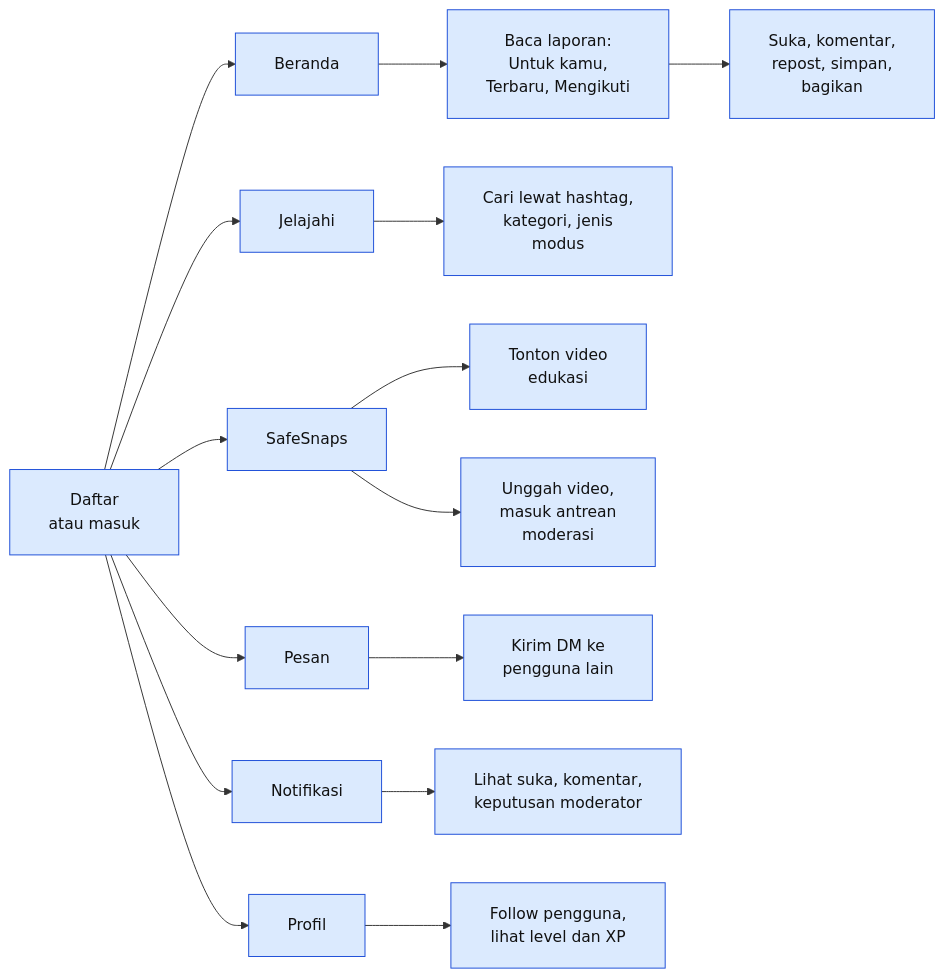
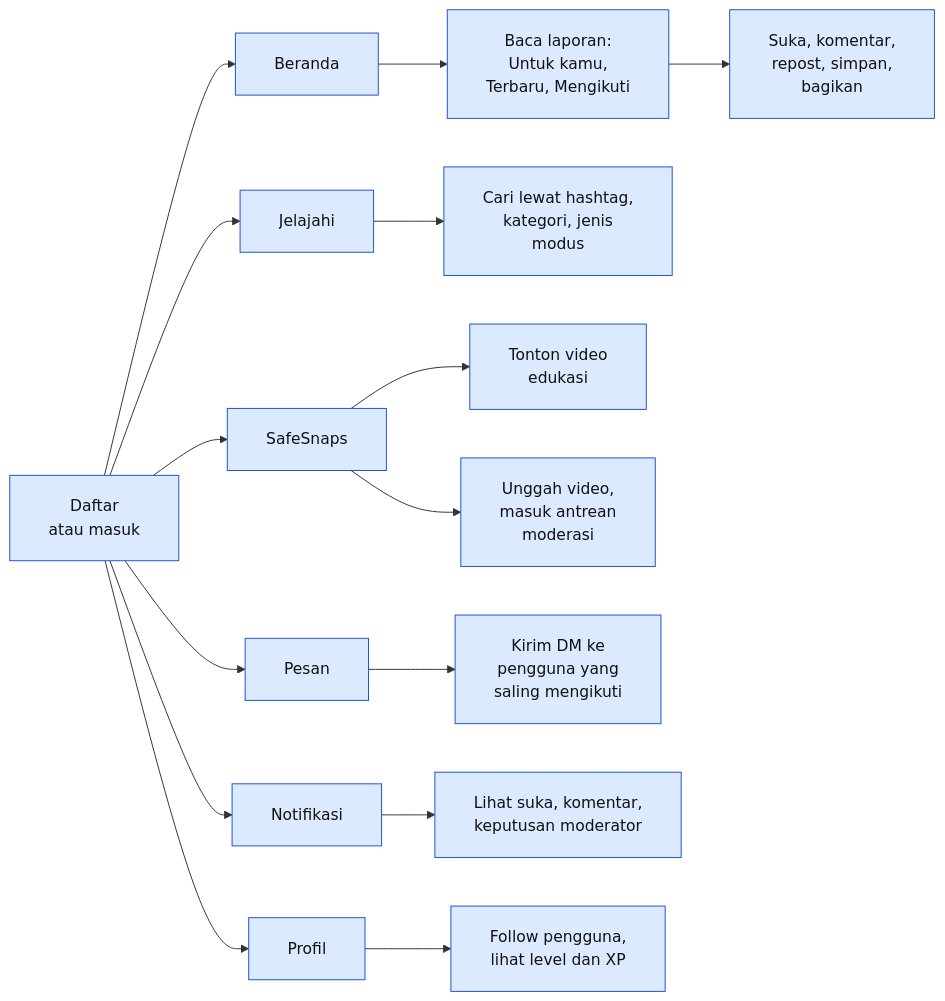
The fourth of 12 diagrams in README.md (ZaidAlHibb/ITIHIX), drawn with Mermaid before and after one commit. The commit also changed other lines of this file, not shown here.

````diff
--- a/README.md
+++ b/README.md
@@ -286,20 +311,20 @@
 ```mermaid
 %%{init: {"flowchart": {"htmlLabels": false, "padding": 20}, "themeVariables": {"fontFamily": "Arial, Helvetica, sans-serif"}}}%%
 flowchart LR
     A[Daftar<br/>atau masuk] --> B[Beranda]
     A --> C[Jelajahi]
     A --> D[SafeSnaps]
     A --> E[Pesan]
     A --> F[Notifikasi]
     A --> G[Profil]
     B --> B1[Baca laporan:<br/>Untuk kamu,<br/>Terbaru, Mengikuti]
     B1 --> B2[Suka, komentar,<br/>repost, simpan,<br/>bagikan]
     C --> C1[Cari lewat hashtag,<br/>kategori, jenis<br/>modus]
     D --> D1[Tonton video<br/>edukasi]
     D --> D2[Unggah video,<br/>masuk antrean<br/>moderasi]
-    E --> E1[Kirim DM ke<br/>pengguna lain]
+    E --> E1[Kirim DM ke<br/>pengguna yang<br/>saling mengikuti]
     F --> F1[Lihat suka, komentar,<br/>keputusan moderator]
     G --> G1[Follow pengguna,<br/>lihat level dan XP]
     classDef user fill:#dbeafe,stroke:#1d4ed8,color:#111111
     class A,B,C,D,E,F,G,B1,B2,C1,D1,D2,E1,F1,G1 user
 ```
````
